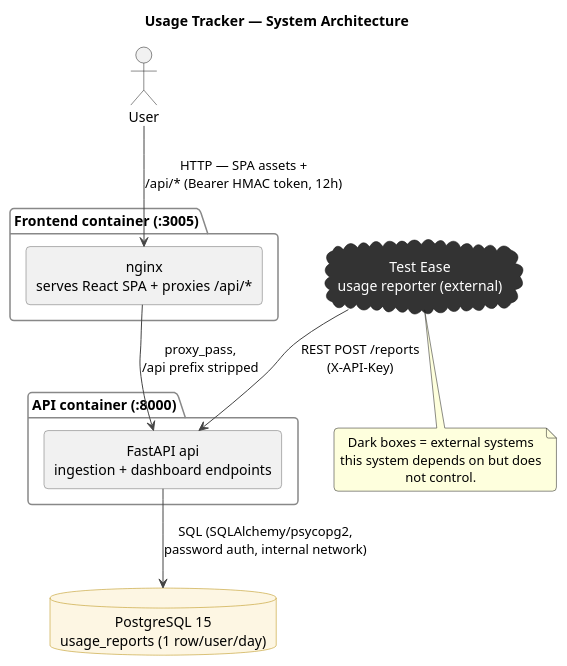
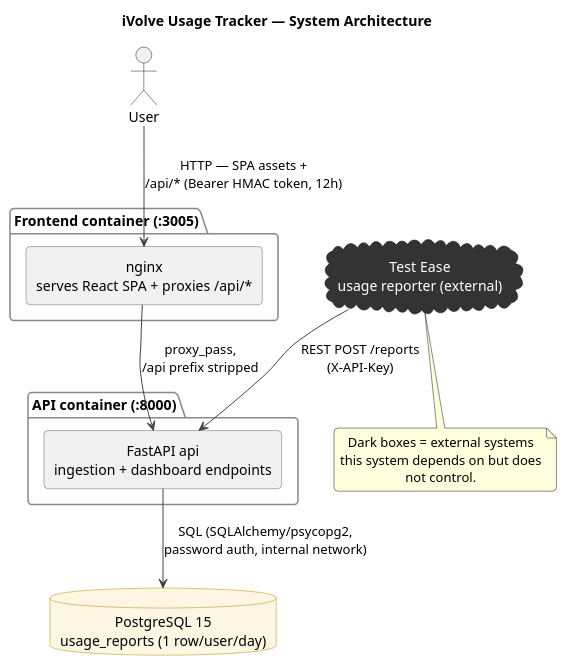
Before and after one commit to senthilp1989/usage-tracker: the diagram in docs/architecture/system-diagram.puml, drawn with PlantUML. The commit also changed 26 other files, not shown here.

```diff
--- a/docs/architecture/system-diagram.puml
+++ b/docs/architecture/system-diagram.puml
@@ -1,51 +1,51 @@
 @startuml system-diagram
-title Usage Tracker — System Architecture
+title iVolve Usage Tracker — System Architecture
 
 skinparam backgroundColor #FFFFFF
 skinparam defaultTextAlignment center
 skinparam shadowing false
 skinparam roundcorner 8
 skinparam rectangle {
   BorderColor #666666
 }
 skinparam cloud {
   BackgroundColor #333333
   FontColor #FFFFFF
   BorderColor #111111
 }
 skinparam database {
   BackgroundColor #FDF6E3
   BorderColor #B58900
 }
 skinparam package {
   BorderColor #888888
   FontStyle bold
 }
 skinparam ArrowColor #444444
 
 actor "User" as User
 
 package "Frontend container (:3005)" {
   rectangle "nginx\nserves React SPA + proxies /api/*" as NGINX
 }
 
 package "API container (:8000)" {
   rectangle "FastAPI api\ningestion + dashboard endpoints" as API
 }
 
 database "PostgreSQL 15\nusage_reports (1 row/user/day)" as DB
 
 cloud "Test Ease\nusage reporter (external)" as TE
 
 User --> NGINX : HTTP — SPA assets +\n/api/* (Bearer HMAC token, 12h)
 NGINX --> API : proxy_pass,\n/api prefix stripped
 TE --> API : REST POST /reports\n(X-API-Key)
 API --> DB : SQL (SQLAlchemy/psycopg2,\npassword auth, internal network)
 
 note bottom of TE
   Dark boxes = external systems
   this system depends on but does
   not control.
 end note
 
 @enduml
```
